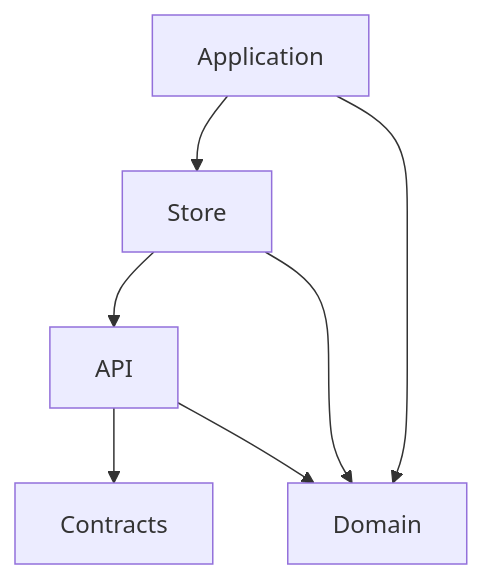
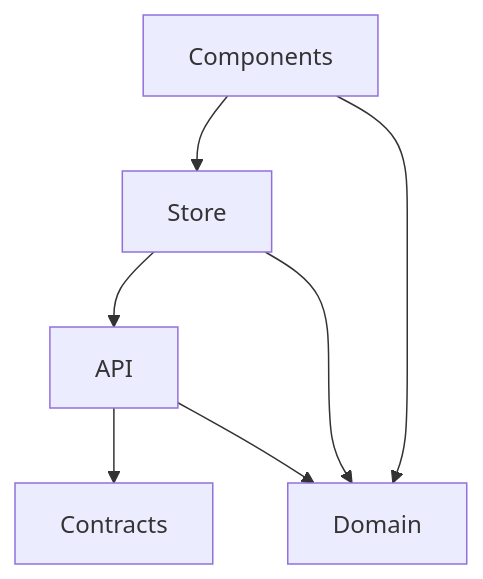
Before and after one commit to adesso-austria/workshop-architectures-love-js: the diagram in docs/Frontend Architecture.md, drawn with Mermaid. The commit also changed 1 other file, not shown here.

Commit message:
fix(frontend): consistent naming

````diff
--- a/docs/Frontend Architecture.md
+++ b/docs/Frontend Architecture.md
@@ -1,9 +1,9 @@
 ```mermaid
 flowchart
 API-->Contracts
 API-->Domain
 Store-->API
 Store-->Domain
-Application-->Store
-Application-->Domain
+Components-->Store
+Components-->Domain
 ```
````
